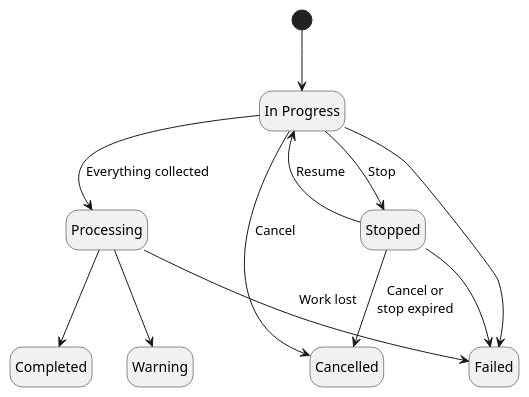
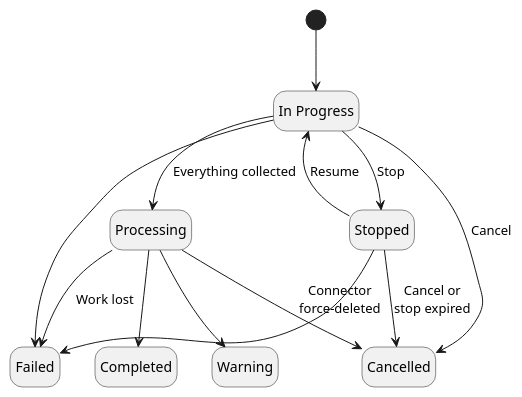
One commit to OmniTrustILM/documentation changed the diagram in docs/certificate-key/concept-design/modules/discovery.md. Above: the diagram before and after it, drawn with PlantUML. The commit also changed other lines of this file and 13 other files, not shown here.

````diff
--- a/docs/certificate-key/concept-design/modules/discovery.md
+++ b/docs/certificate-key/concept-design/modules/discovery.md
@@ -107,25 +109,26 @@
 ```plantuml
 @startuml
 hide empty description
 
 state "In Progress" as InProgress
 state "Stopped" as Stopped
 state "Processing" as Processing
 state "Completed" as Completed
 state "Warning" as Warning
 state "Failed" as Failed
 state "Cancelled" as Cancelled
 
 [*] --> InProgress
 InProgress --> Stopped : Stop
 Stopped --> InProgress : Resume
 InProgress --> Processing : Everything collected
 Processing --> Completed
 Processing --> Warning
 InProgress --> Failed
 Stopped --> Failed
 Processing --> Failed : Work lost
+Processing --> Cancelled : Connector\nforce-deleted
 InProgress --> Cancelled : Cancel
 Stopped --> Cancelled : Cancel or\nstop expired
 @enduml
 ```
````
